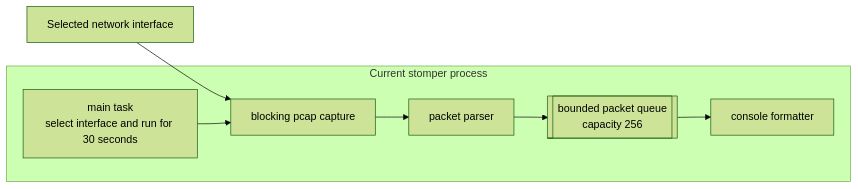
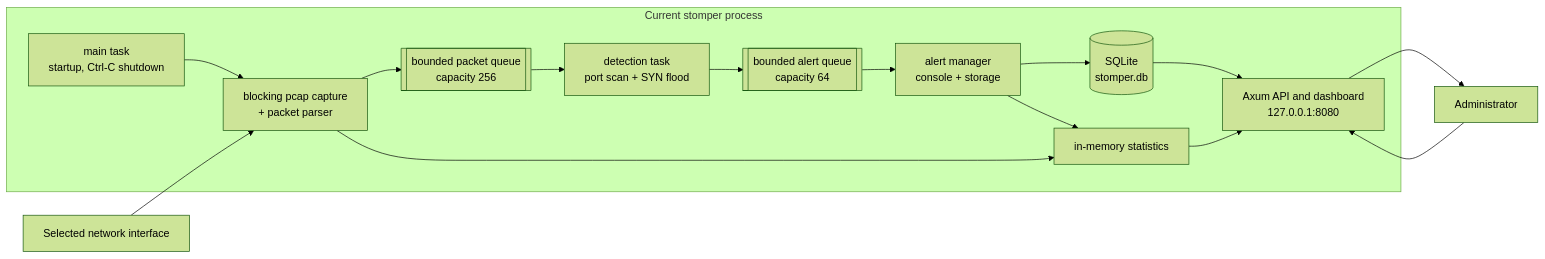
The first of 2 diagrams in docs/development/architecture.md (void-kusho/Stomper), drawn with Mermaid (forest theme) before and after one commit. The commit also changed other lines of this file and 15 other files, not shown here.

First line of the commit message:
feat(alert): add alert manager, SQLite storage, and dashboard API

````diff
--- a/docs/development/architecture.md
+++ b/docs/development/architecture.md
@@ -53,18 +53,31 @@
 ```mermaid
 flowchart LR
     NIC["Selected network interface"]
+    ADMIN["Administrator"]
 
     subgraph APP["Current stomper process"]
-        MAIN["main task<br/>select interface and run for 30 seconds"]
-        PCAP["blocking pcap capture"]
-        PARSER["packet parser"]
+        MAIN["main task<br/>startup, Ctrl-C shutdown"]
+        PCAP["blocking pcap capture<br/>+ packet parser"]
         QUEUE[["bounded packet queue<br/>capacity 256"]]
-        CONSOLE["console formatter"]
+        DETECT["detection task<br/>port scan + SYN flood"]
+        AQUEUE[["bounded alert queue<br/>capacity 64"]]
+        ALERT["alert manager<br/>console + storage"]
+        DB[("SQLite<br/>stomper.db")]
+        STATS["in-memory statistics"]
+        WEB["Axum API and dashboard<br/>127.0.0.1:8080"]
     end
 
     NIC --> PCAP
     MAIN --> PCAP
-    PCAP --> PARSER
-    PARSER --> QUEUE
-    QUEUE --> CONSOLE
+    PCAP --> QUEUE
+    PCAP --> STATS
+    QUEUE --> DETECT
+    DETECT --> AQUEUE
+    AQUEUE --> ALERT
+    ALERT --> DB
+    ALERT --> STATS
+    DB --> WEB
+    STATS --> WEB
+    ADMIN --> WEB
+    WEB --> ADMIN
 ```
````
